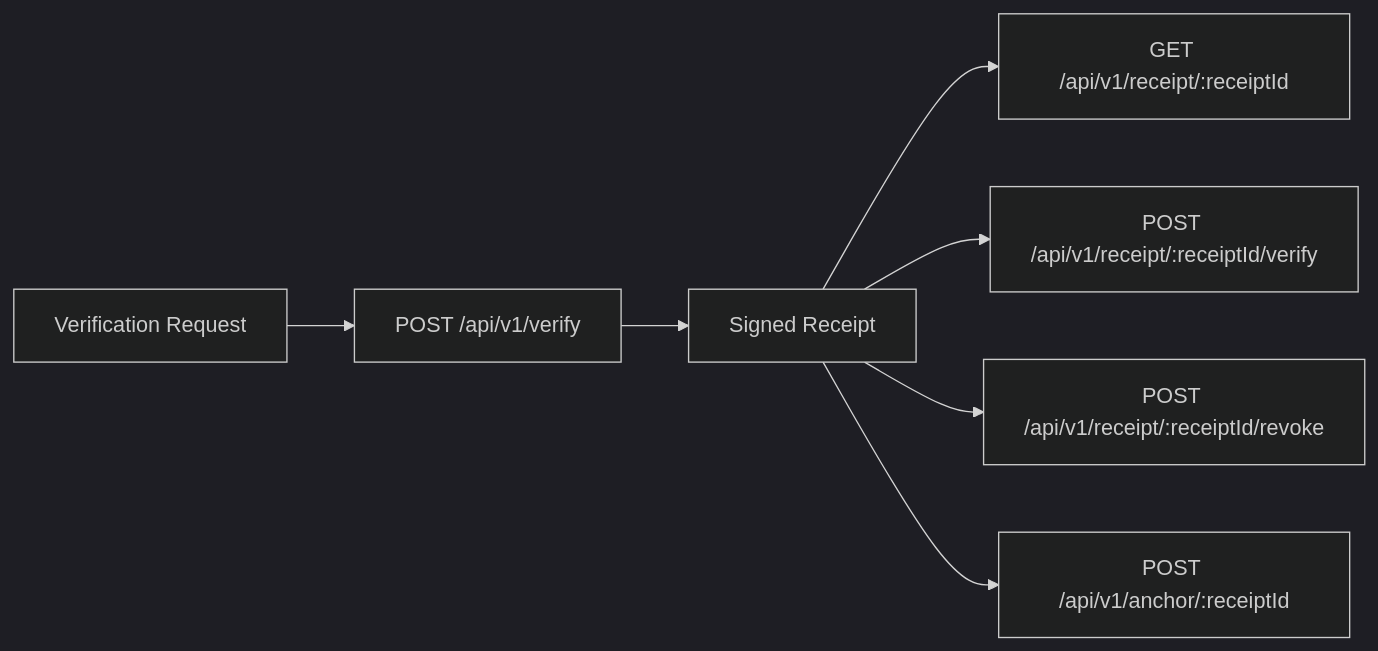
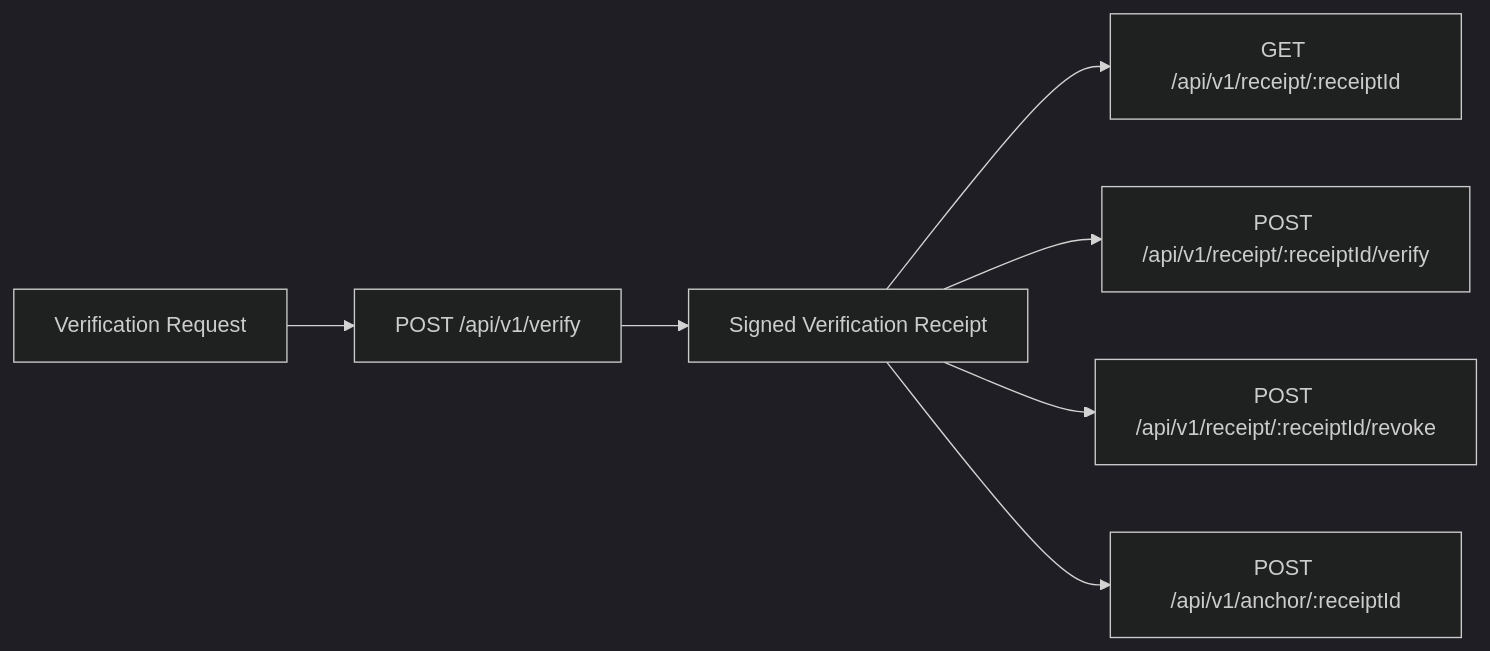
Before and after one commit to chrismaz11/TrustSignal: the diagram in wiki/Verification-Receipts.md, drawn with Mermaid (dark theme). The commit also changed other lines of this file and 21 other files, not shown here.

````diff
--- a/wiki/Verification-Receipts.md
+++ b/wiki/Verification-Receipts.md
@@ -18,9 +24,9 @@
 ```mermaid
 flowchart LR
   A[Verification Request] --> B[POST /api/v1/verify]
-  B --> C[Signed Receipt]
+  B --> C[Signed Verification Receipt]
   C --> D[GET /api/v1/receipt/:receiptId]
   C --> E[POST /api/v1/receipt/:receiptId/verify]
   C --> F[POST /api/v1/receipt/:receiptId/revoke]
   C --> G[POST /api/v1/anchor/:receiptId]
 ```
````
